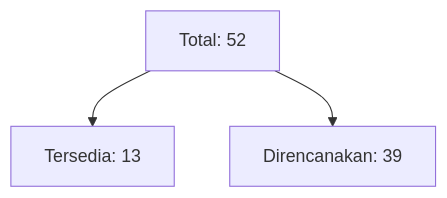
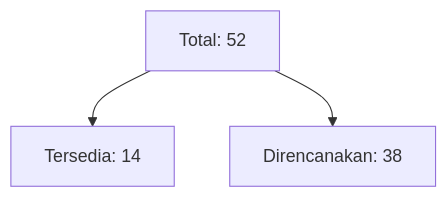
One commit to petrushandika/Bioinformatics changed the third of 4 diagrams in README.md. Above: the diagram before and after it, drawn with Mermaid. The commit also changed other lines of this file and 8 other files, not shown here.

````diff
--- a/README.md
+++ b/README.md
@@ -174,5 +174,5 @@
 ```mermaid
 flowchart TD
-    Total["Total: 52"] --> Selesai["Tersedia: 13"]
-    Total --> Pending["Direncanakan: 39"]
+    Total["Total: 52"] --> Selesai["Tersedia: 14"]
+    Total --> Pending["Direncanakan: 38"]
 ```
````
